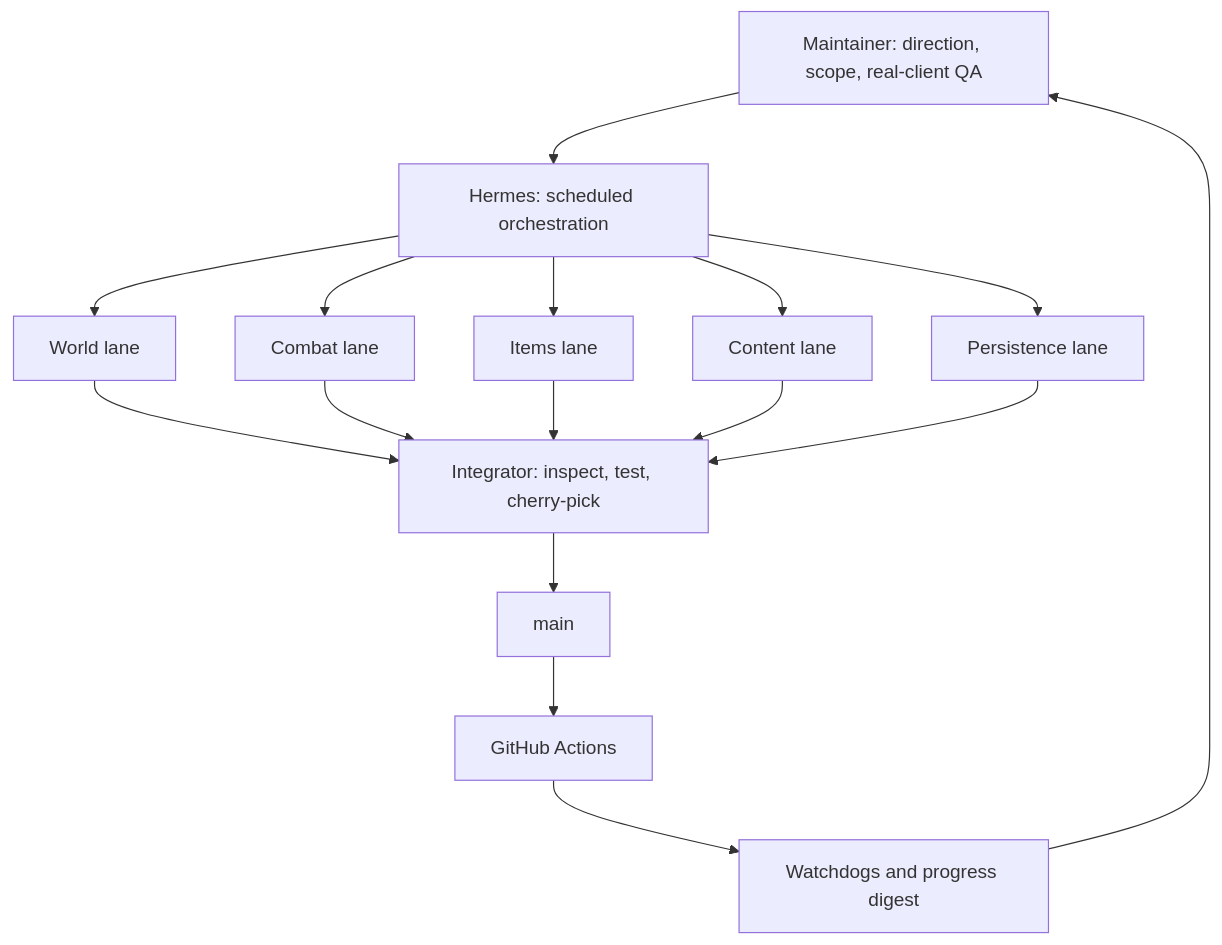
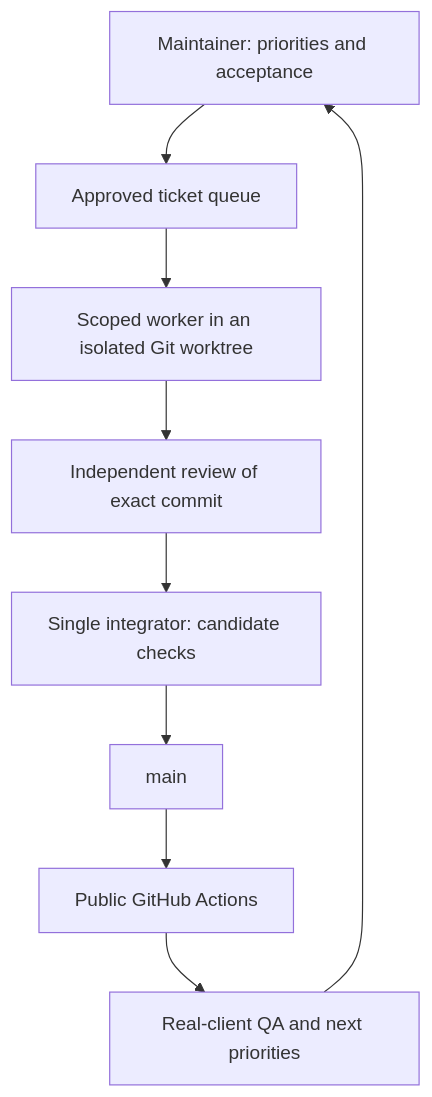
Before and after one commit to MikelCalvo/go-metin2-server: the diagram in docs/agent-workflow.md, drawn with Mermaid. The commit also changed other lines of this file and 11 other files, not shown here.

Commit message:
chore: adopt ticket-driven workflow and deterministic rollback test

````diff
--- a/docs/agent-workflow.md
+++ b/docs/agent-workflow.md
@@ -11,18 +9,11 @@
 ```mermaid
 flowchart TD
-    H[Maintainer: direction, scope, real-client QA] --> O[Hermes: scheduled orchestration]
-    O --> W[World lane]
-    O --> C[Combat lane]
-    O --> I[Items lane]
-    O --> N[Content lane]
-    O --> P[Persistence lane]
-    W --> G[Integrator: inspect, test, cherry-pick]
-    C --> G
-    I --> G
-    N --> G
-    P --> G
+    H[Maintainer: priorities and acceptance] --> Q[Approved ticket queue]
+    Q --> W[Scoped worker in an isolated Git worktree]
+    W --> R[Independent review of exact commit]
+    R --> G[Single integrator: candidate checks]
     G --> M[main]
-    M --> CI[GitHub Actions]
-    CI --> F[Watchdogs and progress digest]
-    F --> H
+    M --> CI[Public GitHub Actions]
+    CI --> QA[Real-client QA and next priorities]
+    QA --> H
 ```
````
